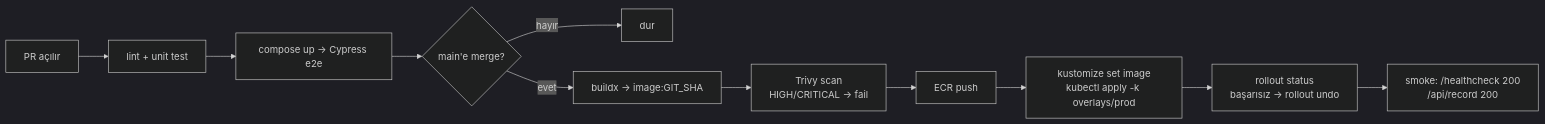
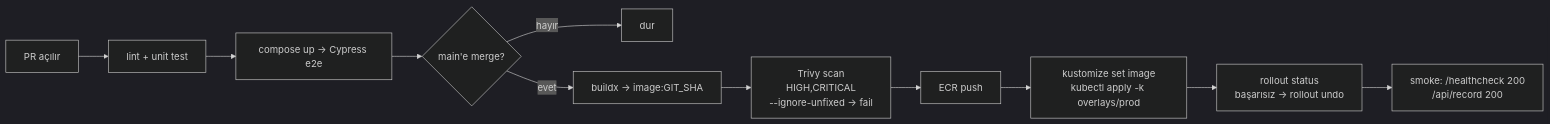
Before and after one commit to tarikemre10/devops-case: the second of 2 diagrams in MIMARI.md, drawn with Mermaid (dark theme). The commit also changed other lines of this file and 23 other files, not shown here.

````diff
--- a/MIMARI.md
+++ b/MIMARI.md
@@ -197,13 +258,13 @@
 ```mermaid
 graph LR
     PR[PR açılır] --> L[lint + unit test]
     L --> E2E[compose up → Cypress e2e]
     E2E --> M{main'e merge?}
     M -->|hayır| STOP[dur]
     M -->|evet| B[buildx → image:GIT_SHA]
-    B --> T[Trivy scan<br/>HIGH/CRITICAL → fail]
+    B --> T["Trivy scan<br/>HIGH,CRITICAL<br/>--ignore-unfixed → fail"]
     T --> P[ECR push]
     P --> K[kustomize set image<br/>kubectl apply -k overlays/prod]
     K --> RS[rollout status<br/>başarısız → rollout undo]
-    RS --> S[smoke: /healthcheck 200<br/>/api/record 200]
+    RS --> S["smoke: /healthcheck 200<br/>/api/record 200"]
 ```
````
